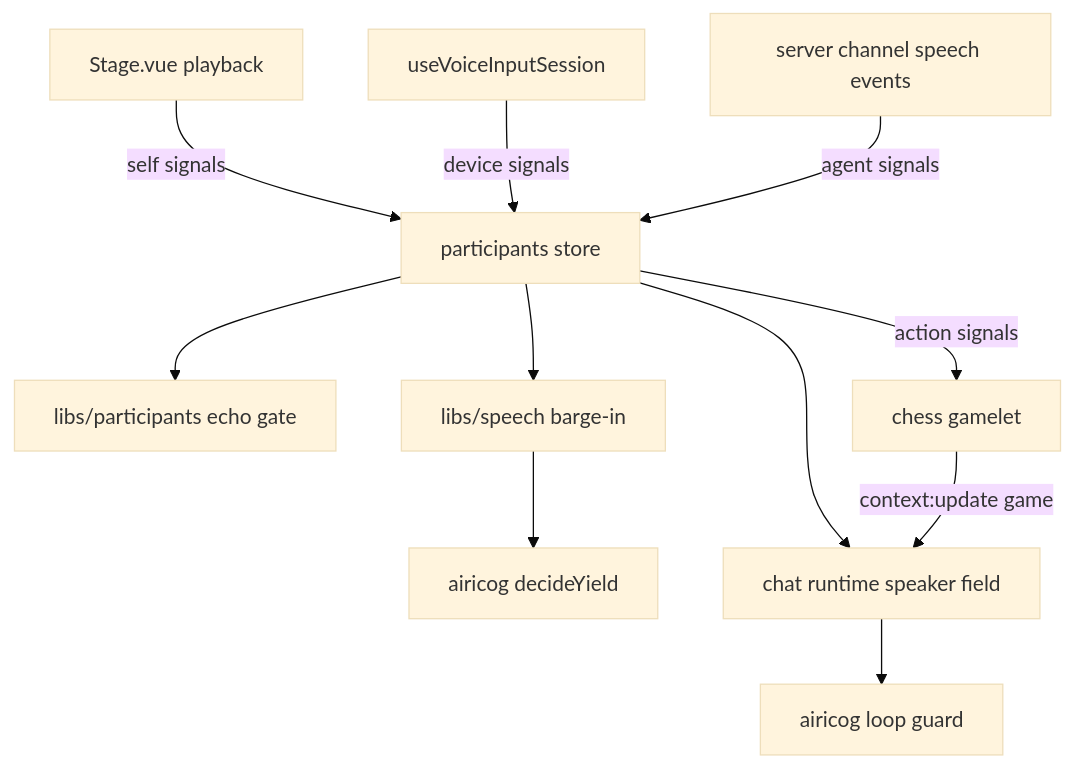
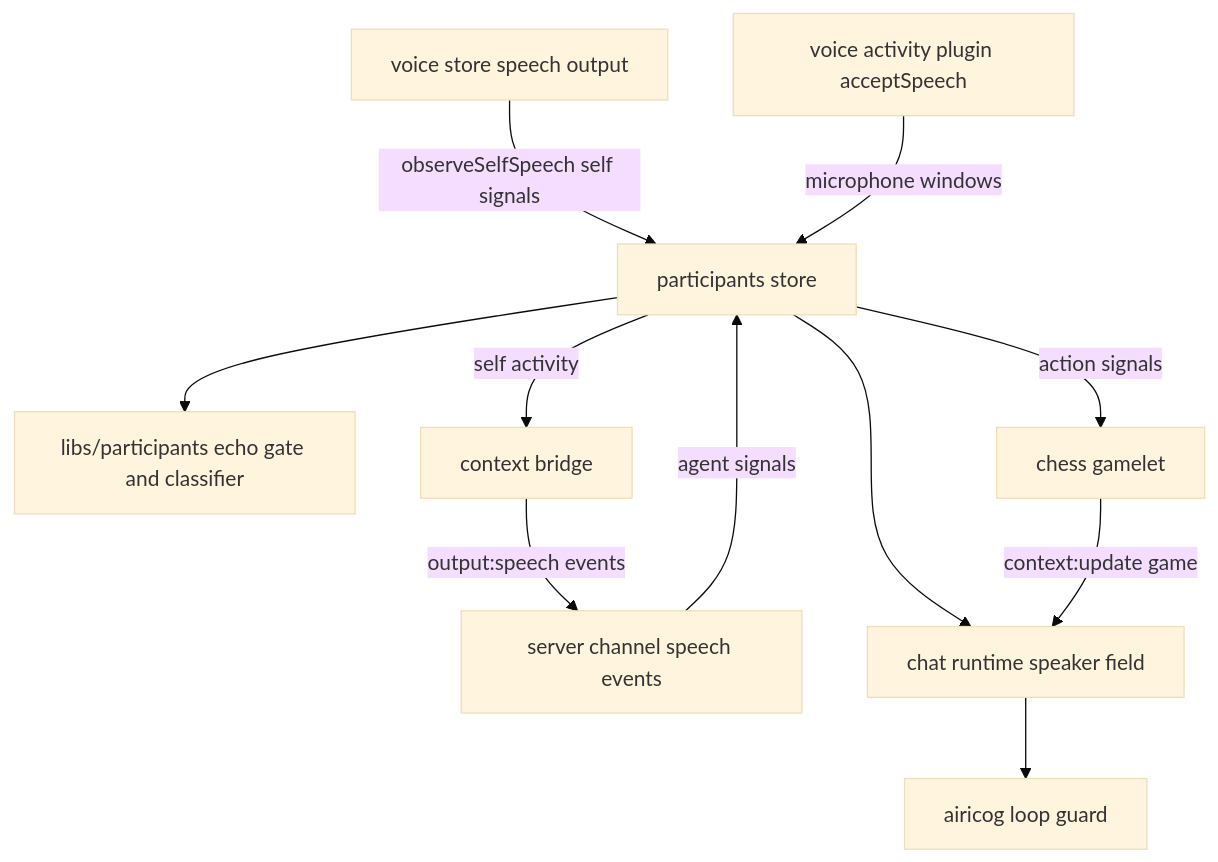
One commit to cogpy/airi changed the diagram in docs/ai/adr/2026-10-01-self-other-participants.md. Above: the diagram before and after it, drawn with Mermaid (base theme). The commit also changed other lines of this file and 15 other files, not shown here.

````diff
--- a/docs/ai/adr/2026-10-01-self-other-participants.md
+++ b/docs/ai/adr/2026-10-01-self-other-participants.md
@@ -130,13 +147,13 @@
 ```mermaid
 graph TD
-  StageVue[Stage.vue playback] -->|self signals| Participants[participants store]
-  VoiceInput[useVoiceInputSession] -->|device signals| Participants
+  SpeechOutput[voice store speech output] -->|observeSelfSpeech self signals| Participants[participants store]
+  VoiceActivity[voice activity plugin acceptSpeech] -->|microphone windows| Participants
   ServerChannel[server channel speech events] -->|agent signals| Participants
-  Participants --> EchoGate[libs/participants echo gate]
-  Participants --> BargeIn[libs/speech barge-in]
-  BargeIn --> Yield[airicog decideYield]
+  Participants --> EchoGate[libs/participants echo gate and classifier]
+  Participants -->|self activity| Bridge[context bridge]
+  Bridge -->|output:speech events| ServerChannel
   Participants --> Chat[chat runtime speaker field]
   Chat --> LoopGuard[airicog loop guard]
   Game[chess gamelet] -->|context:update game| Chat
   Participants -->|action signals| Game
 ```
````
